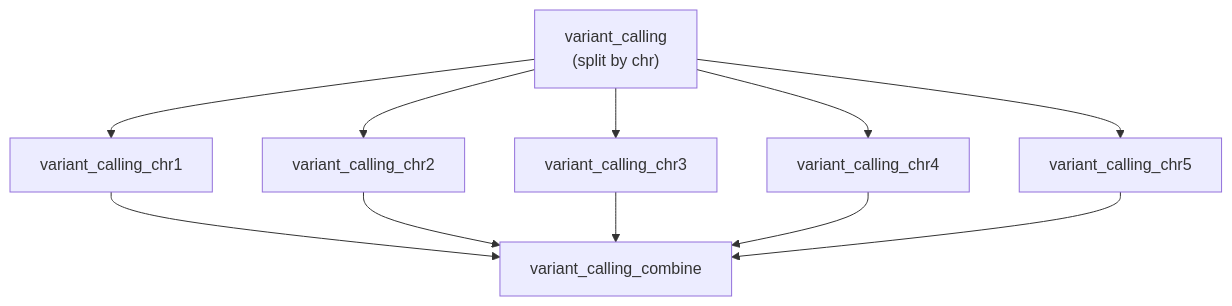
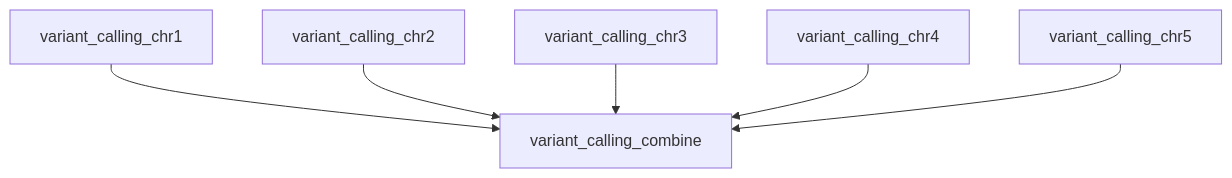
One commit to Traitome/oxo-flow changed the diagram in docs/guide/src/gallery/transform-operator.md. Above: the diagram before and after it, drawn with Mermaid. The commit also changed other lines of this file and 66 other files, not shown here.

````diff
--- a/docs/guide/src/gallery/transform-operator.md
+++ b/docs/guide/src/gallery/transform-operator.md
@@ -122,13 +124,8 @@
 ```mermaid
 graph TD
-    A["variant_calling<br/>(split by chr)"] --> B1["variant_calling_chr1"]
-    A --> B2["variant_calling_chr2"]
-    A --> B3["variant_calling_chr3"]
-    A --> B4["variant_calling_chr4"]
-    A --> B5["variant_calling_chr5"]
-    B1 --> C["variant_calling_combine"]
-    B2 --> C
-    B3 --> C
-    B4 --> C
-    B5 --> C
+    B1["variant_calling_chr1"] --> C["variant_calling_combine"]
+    B2["variant_calling_chr2"] --> C
+    B3["variant_calling_chr3"] --> C
+    B4["variant_calling_chr4"] --> C
+    B5["variant_calling_chr5"] --> C
 ```
````
